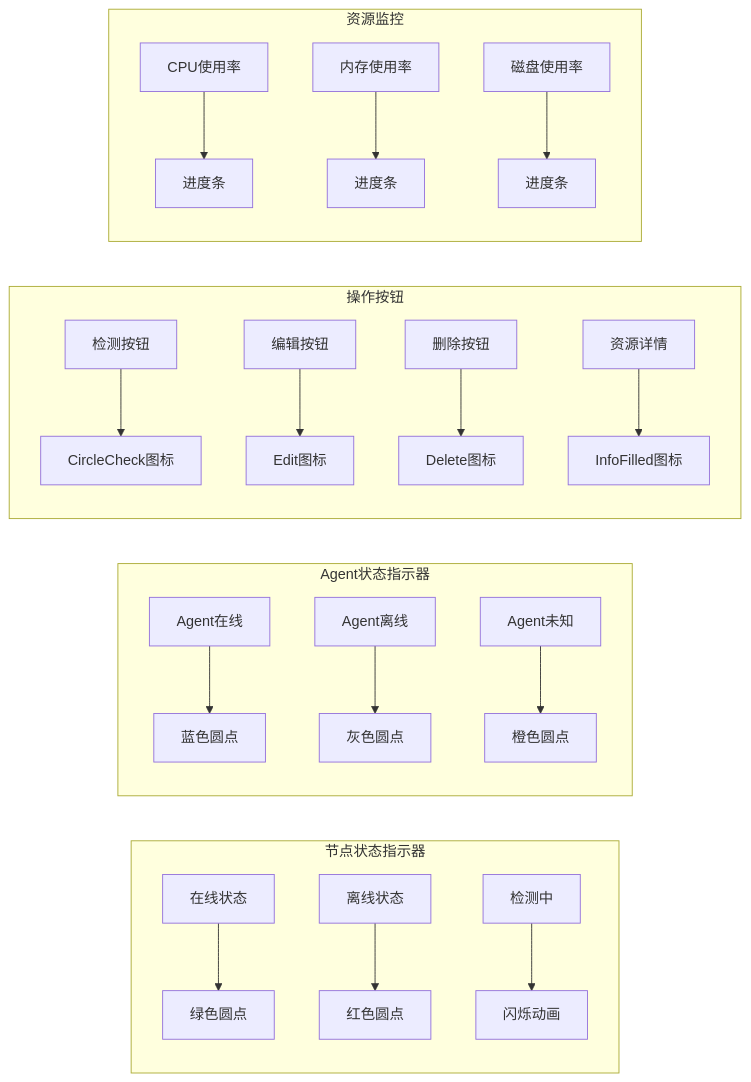
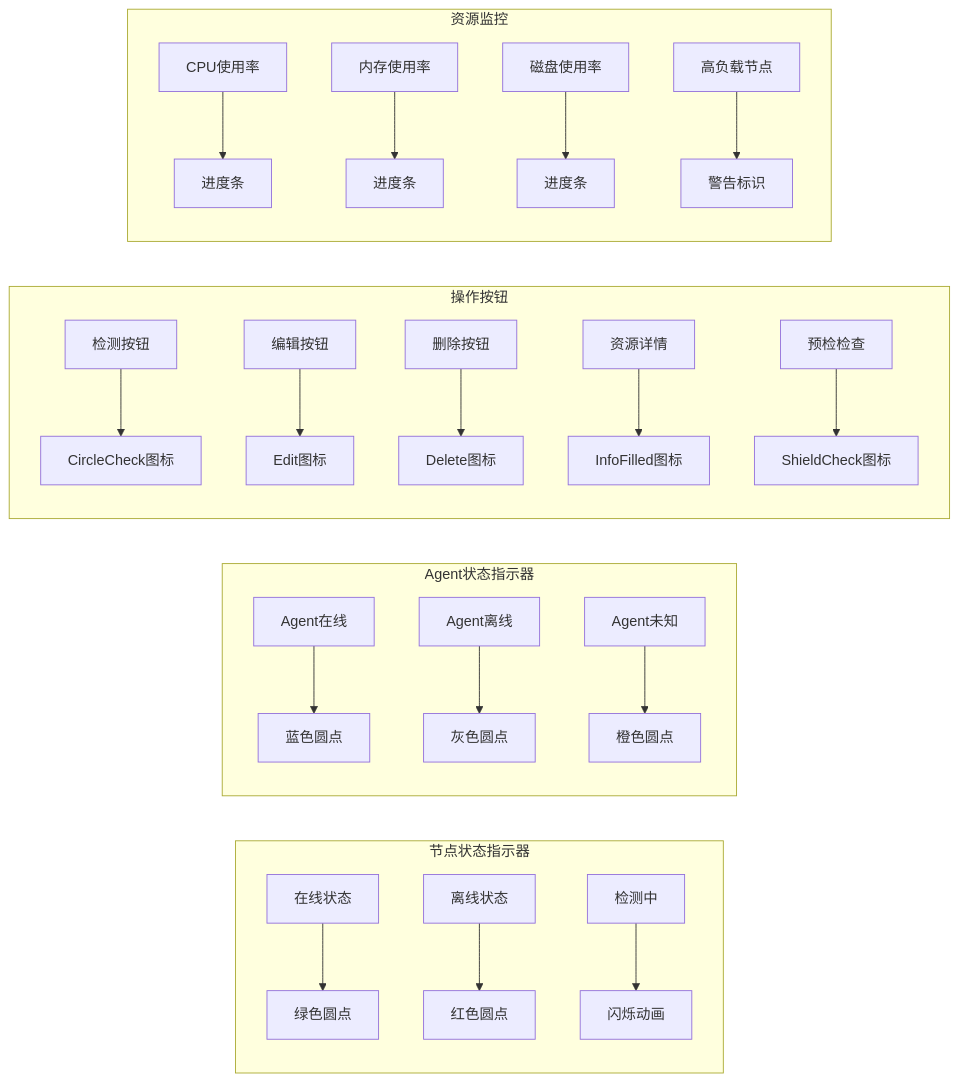
One commit to Liyuhao02/Jmeter-Admin changed diagram 15 of 18 in .qoder/repowiki/zh/content/核心业务模块/Slave节点管理系统/Slave节点管理系统.md. Above: the diagram before and after it, drawn with Mermaid. The commit also changed other lines of this file and 16 other files, not shown here.

````diff
--- a/.qoder/repowiki/zh/content/核心业务模块/Slave节点管理系统/Slave节点管理系统.md
+++ b/.qoder/repowiki/zh/content/核心业务模块/Slave节点管理系统/Slave节点管理系统.md
@@ -483,24 +622,26 @@
 ```mermaid
 graph LR
 subgraph "节点状态指示器"
 A[在线状态] --> B[绿色圆点]
 C[离线状态] --> D[红色圆点]
 E[检测中] --> F[闪烁动画]
 end
 subgraph "Agent状态指示器"
 G[Agent在线] --> H[蓝色圆点]
 I[Agent离线] --> J[灰色圆点]
 K[Agent未知] --> L[橙色圆点]
 end
 subgraph "操作按钮"
 M[检测按钮] --> N[CircleCheck图标]
 O[编辑按钮] --> P[Edit图标]
 Q[删除按钮] --> R[Delete图标]
 S[资源详情] --> T[InfoFilled图标]
+U[预检检查] --> V[ShieldCheck图标]
 end
 subgraph "资源监控"
-U[CPU使用率] --> V[进度条]
-W[内存使用率] --> X[进度条]
-Y[磁盘使用率] --> Z[进度条]
+W[CPU使用率] --> X[进度条]
+Y[内存使用率] --> Z[进度条]
+AA[磁盘使用率] --> AB[进度条]
+AC[高负载节点] --> AD[警告标识]
 end
 ```
````
